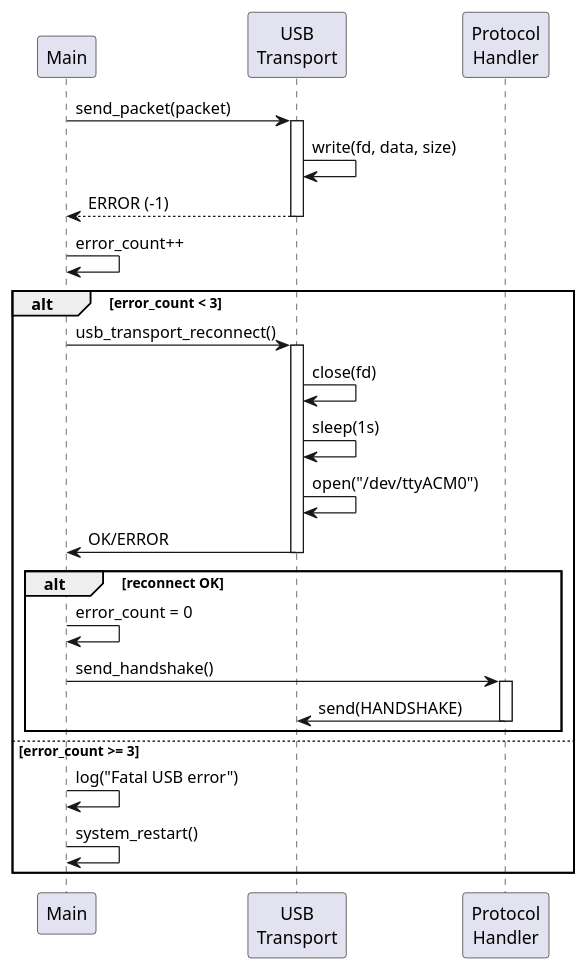
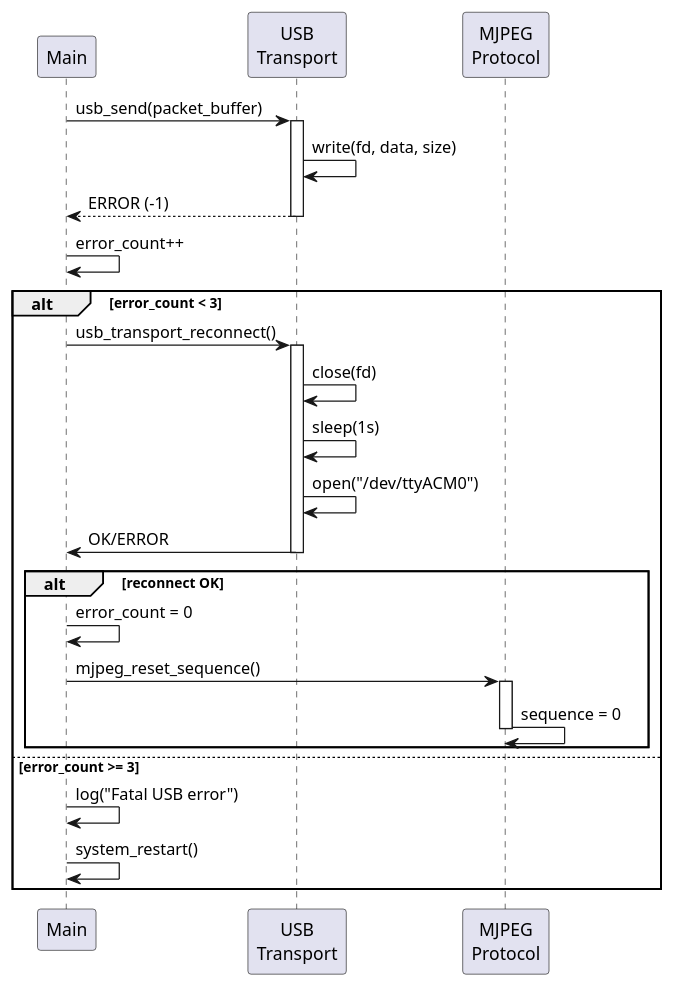
The sixth of 7 diagrams in docs/security_camera/01_specifications/05_SOFTWARE_SPEC_SPRESENSE.md (ken11111/Spr_wk), drawn with PlantUML before and after one commit. The commit also changed other lines of this file and 2 other files, not shown here.

````diff
--- a/docs/security_camera/01_specifications/05_SOFTWARE_SPEC_SPRESENSE.md
+++ b/docs/security_camera/01_specifications/05_SOFTWARE_SPEC_SPRESENSE.md
@@ -460,38 +417,38 @@
 ```plantuml
 @startuml
 participant "Main" as MAIN
 participant "USB\nTransport" as USB
-participant "Protocol\nHandler" as PROTO
+participant "MJPEG\nProtocol" as PROTO
 
-MAIN -> USB : send_packet(packet)
+MAIN -> USB : usb_send(packet_buffer)
 activate USB
 USB -> USB : write(fd, data, size)
 USB --> MAIN : ERROR (-1)
 deactivate USB
 
 MAIN -> MAIN : error_count++
 
 alt error_count < 3
     MAIN -> USB : usb_transport_reconnect()
     activate USB
     USB -> USB : close(fd)
     USB -> USB : sleep(1s)
     USB -> USB : open("/dev/ttyACM0")
     USB -> MAIN : OK/ERROR
     deactivate USB
 
     alt reconnect OK
         MAIN -> MAIN : error_count = 0
-        MAIN -> PROTO : send_handshake()
+        MAIN -> PROTO : mjpeg_reset_sequence()
         activate PROTO
-        PROTO -> USB : send(HANDSHAKE)
+        PROTO -> PROTO : sequence = 0
         deactivate PROTO
     end
 
 else error_count >= 3
     MAIN -> MAIN : log("Fatal USB error")
     MAIN -> MAIN : system_restart()
 end
 
 @enduml
 ```
````
